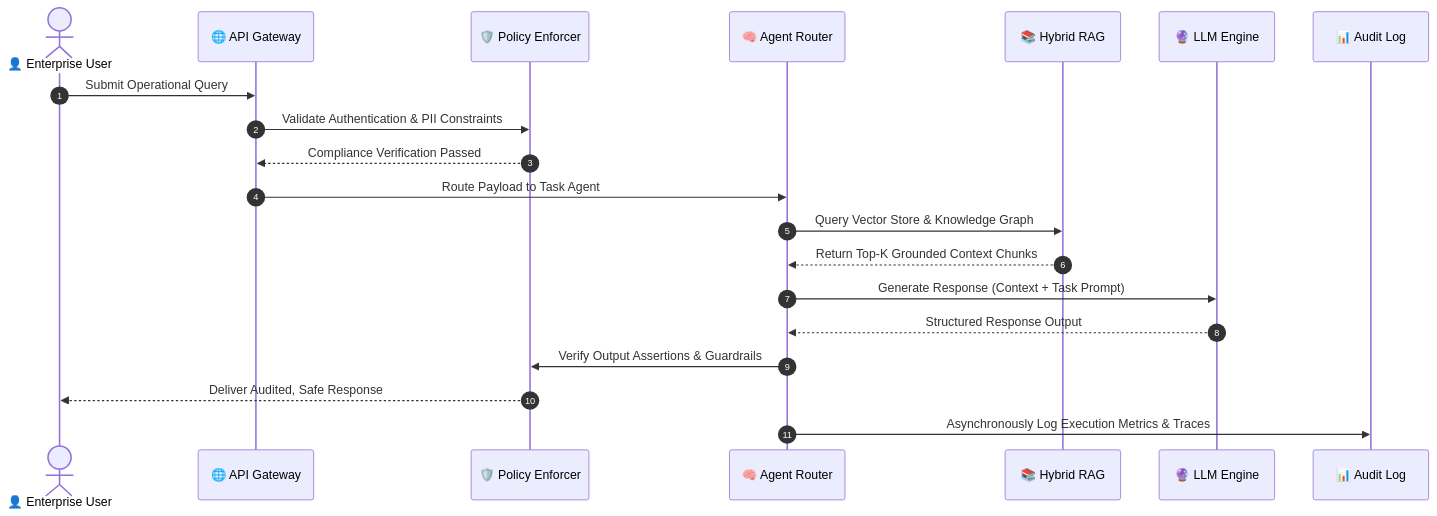
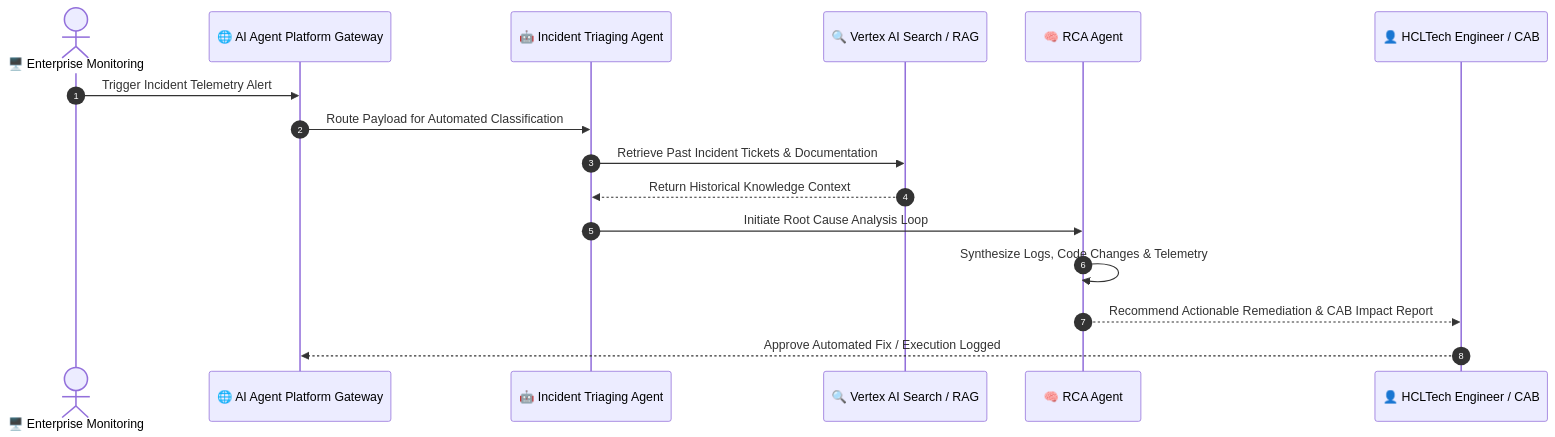
One commit to Sonu-Thomas-001/Sonu-Thomas-001 changed the second of 4 diagrams in README.md. Above: the diagram before and after it, drawn with Mermaid. The commit also changed other lines of this file, not shown here.

Commit message:
docs: update profile README with authentic HCLTech, IIT Guwahati, and Enterprise AI background

````diff
--- a/README.md
+++ b/README.md
@@ -260,23 +258,19 @@
 ```mermaid
 sequenceDiagram
     autonumber
-    actor Client as 👤 Enterprise User
-    participant Gateway as 🌐 API Gateway
-    participant Guard as 🛡️ Policy Enforcer
-    participant Router as 🧠 Agent Router
-    participant Retrieval as 📚 Hybrid RAG
-    participant LLM as 🔮 LLM Engine
-    participant Audit as 📊 Audit Log
+    actor System as 🖥️ Enterprise Monitoring
+    participant Gateway as 🌐 AI Agent Platform Gateway
+    participant IncidentAgent as 🤖 Incident Triaging Agent
+    participant RAG as 🔍 Vertex AI Search / RAG
+    participant RCAAgent as 🧠 RCA Agent
+    participant Engineer as 👤 HCLTech Engineer / CAB
 
-    Client->>Gateway: Submit Operational Query
-    Gateway->>Guard: Validate Authentication & PII Constraints
-    Guard-->>Gateway: Compliance Verification Passed
-    Gateway->>Router: Route Payload to Task Agent
-    Router->>Retrieval: Query Vector Store & Knowledge Graph
-    Retrieval-->>Router: Return Top-K Grounded Context Chunks
-    Router->>LLM: Generate Response (Context + Task Prompt)
-    LLM-->>Router: Structured Response Output
-    Router->>Guard: Verify Output Assertions & Guardrails
-    Guard-->>Client: Deliver Audited, Safe Response
-    Router->>Audit: Asynchronously Log Execution Metrics & Traces
+    System->>Gateway: Trigger Incident Telemetry Alert
+    Gateway->>IncidentAgent: Route Payload for Automated Classification
+    IncidentAgent->>RAG: Retrieve Past Incident Tickets & Documentation
+    RAG-->>IncidentAgent: Return Historical Knowledge Context
+    IncidentAgent->>RCAAgent: Initiate Root Cause Analysis Loop
+    RCAAgent->>RCAAgent: Synthesize Logs, Code Changes & Telemetry
+    RCAAgent-->>Engineer: Recommend Actionable Remediation & CAB Impact Report
+    Engineer-->>Gateway: Approve Automated Fix / Execution Logged
 ```
````
